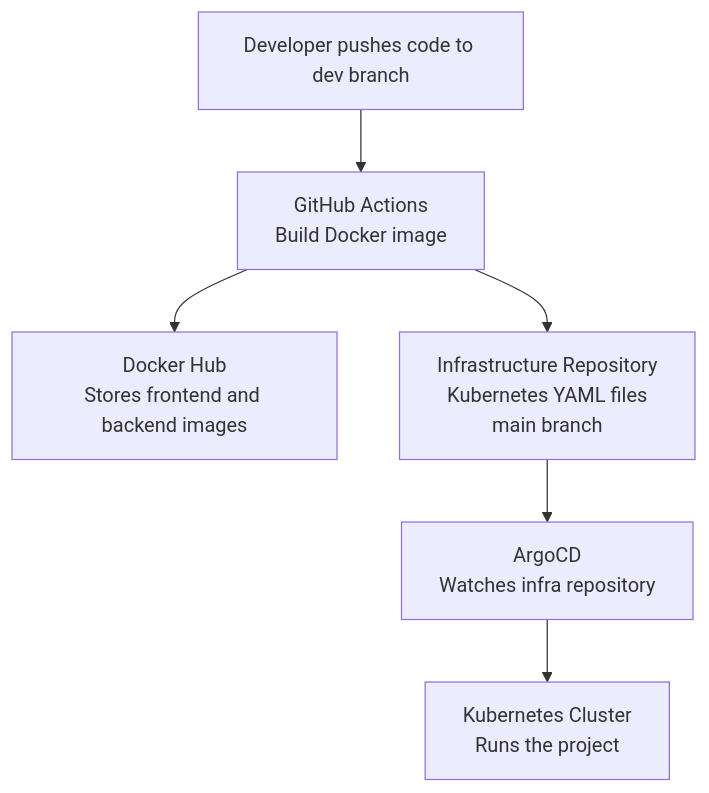
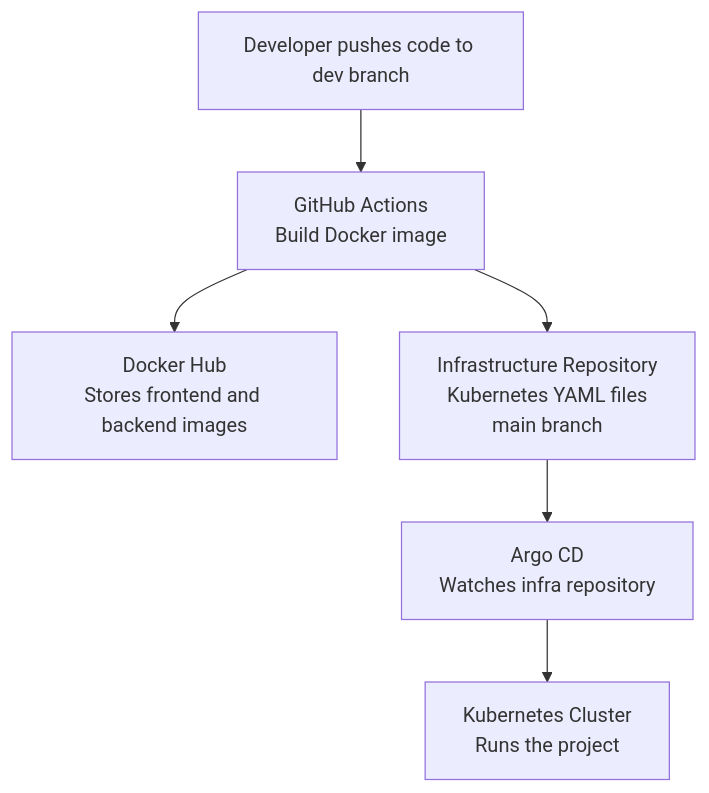
Before and after one commit to adibush/infra-repo-devops-project: the first of 3 diagrams in ARCHITECTURE.md, drawn with Mermaid. The commit also changed other lines of this file and 5 other files, not shown here.

````diff
--- a/ARCHITECTURE.md
+++ b/ARCHITECTURE.md
@@ -13,15 +13,15 @@
 ```mermaid
 flowchart TD
     dev["Developer pushes code to dev branch"]
     actions["GitHub Actions<br/>Build Docker image"]
     dockerhub["Docker Hub<br/>Stores frontend and backend images"]
     infra["Infrastructure Repository<br/>Kubernetes YAML files<br/>main branch"]
-    argocd["ArgoCD<br/>Watches infra repository"]
+    argocd["Argo CD<br/>Watches infra repository"]
     cluster["Kubernetes Cluster<br/>Runs the project"]
 
     dev --> actions
     actions --> dockerhub
     actions --> infra
     infra --> argocd
     argocd --> cluster
 ```
````
